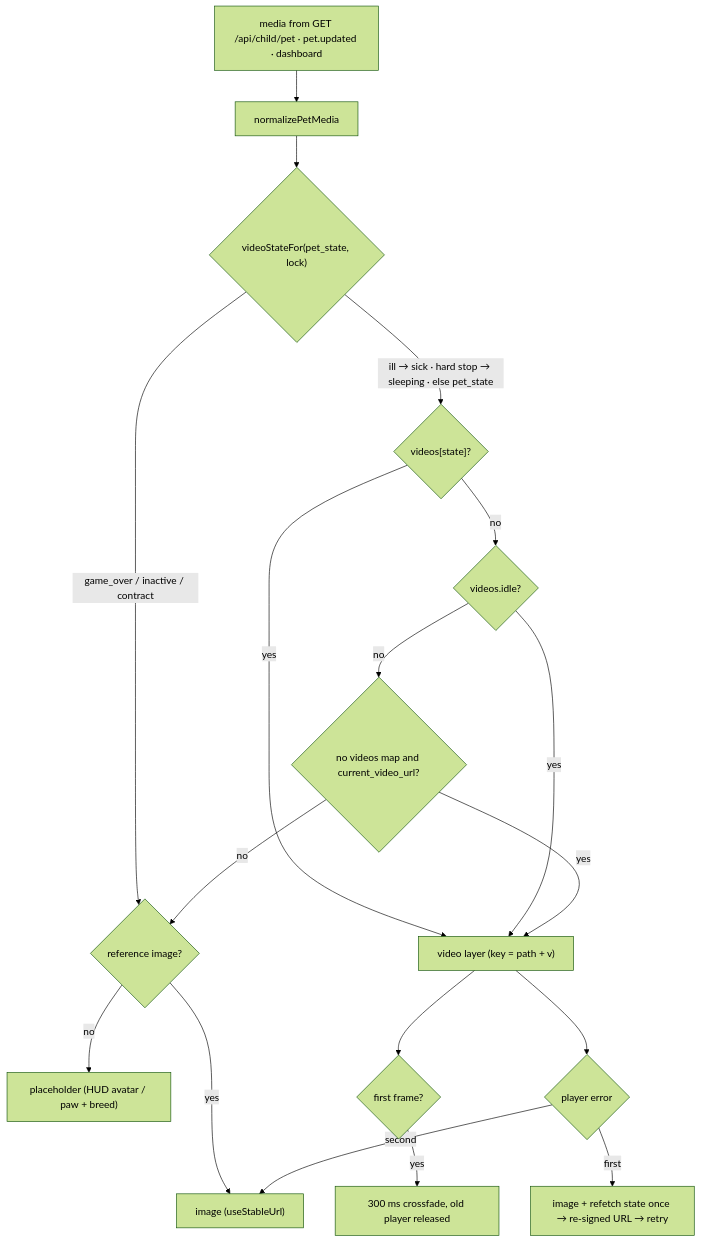
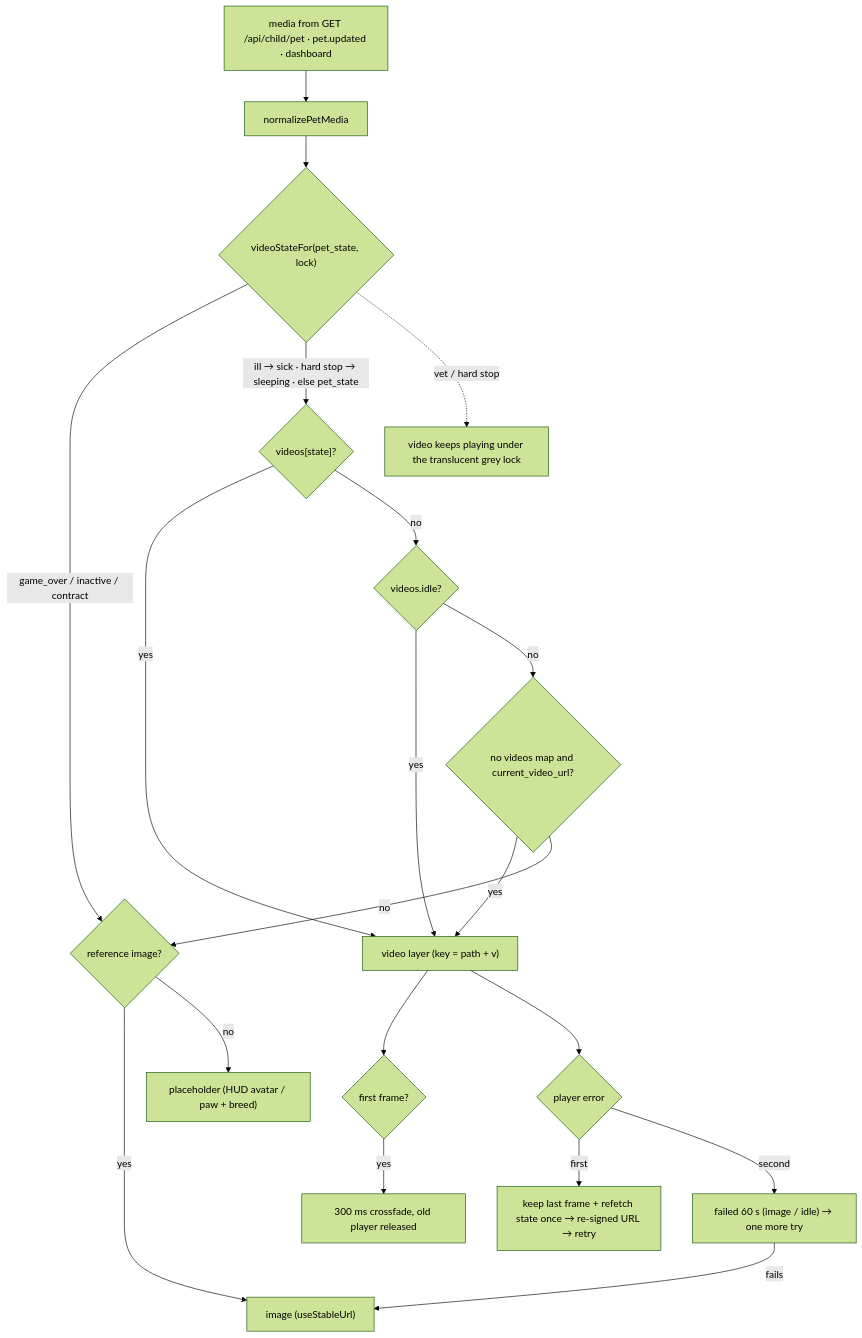
Before and after one commit to DataVallis/pet-prep: diagram 23 of 24 in docs/engineering/DIAGRAMS.md, drawn with Mermaid (forest theme). The commit also changed other lines of this file and 26 other files, not shown here.

````diff
--- a/docs/engineering/DIAGRAMS.md
+++ b/docs/engineering/DIAGRAMS.md
@@ -816,15 +816,16 @@
 ```mermaid
 flowchart TD
   P["media from GET /api/child/pet · pet.updated · dashboard"] --> N["normalizePetMedia"]
   N --> W{"videoStateFor(pet_state, lock)"}
   W -- "game_over / inactive / contract" --> IMG
   W -- "ill → sick · hard stop → sleeping · else pet_state" --> V1{"videos[state]?"}
   V1 -- yes --> PLAY["video layer (key = path + v)"]
   V1 -- no --> V2{"videos.idle?"} -- yes --> PLAY
   V2 -- no --> V3{"no videos map and current_video_url?"} -- yes --> PLAY
   V3 -- no --> IMG{"reference image?"} -- yes --> I["image (useStableUrl)"]
   IMG -- no --> PH["placeholder (HUD avatar / paw + breed)"]
   PLAY --> R{"first frame?"} -- yes --> X["300 ms crossfade, old player released"]
-  PLAY --> E{"player error"} -- first --> RF["image + refetch state once → re-signed URL → retry"]
-  E -- second --> I
+  PLAY --> E{"player error"} -- first --> RF["keep last frame + refetch state once → re-signed URL → retry"]
+  E -- second --> CD["failed 60 s (image / idle) → one more try"] -- fails --> I
+  W -. "vet / hard stop" .-> GREY["video keeps playing under the translucent grey lock"]
 ```
````
